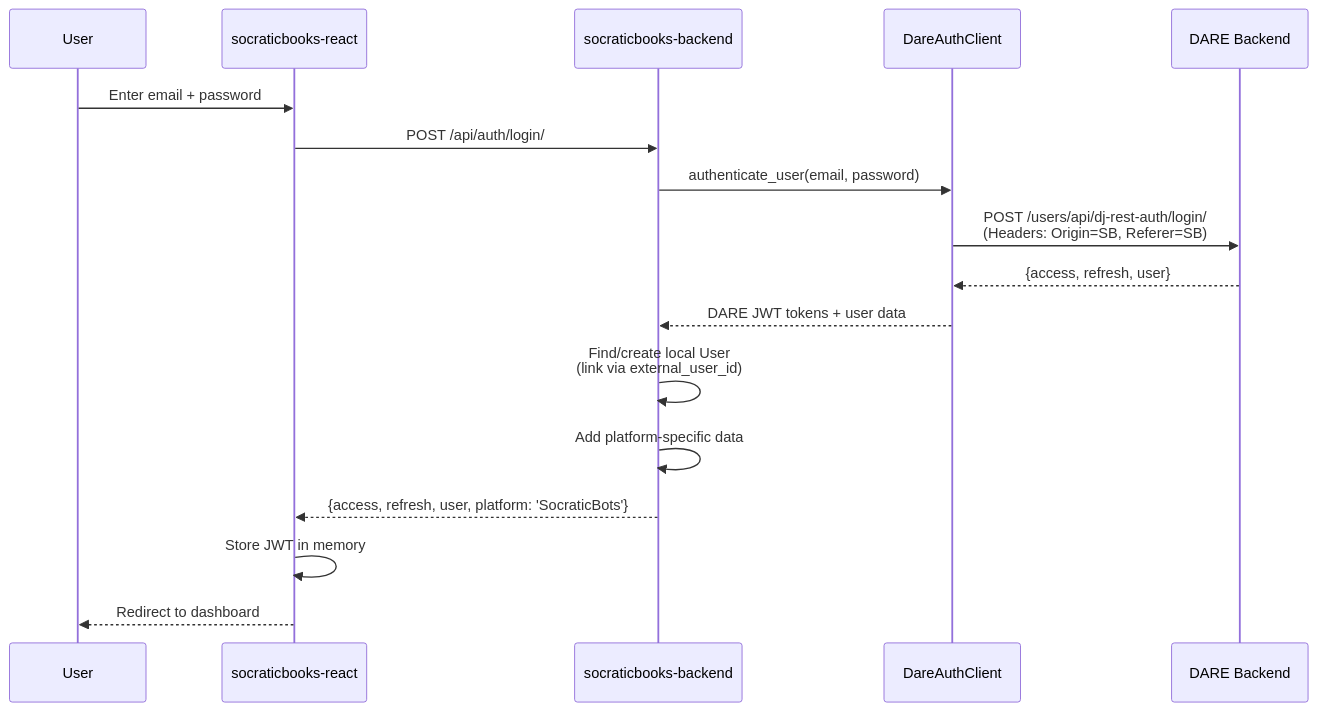
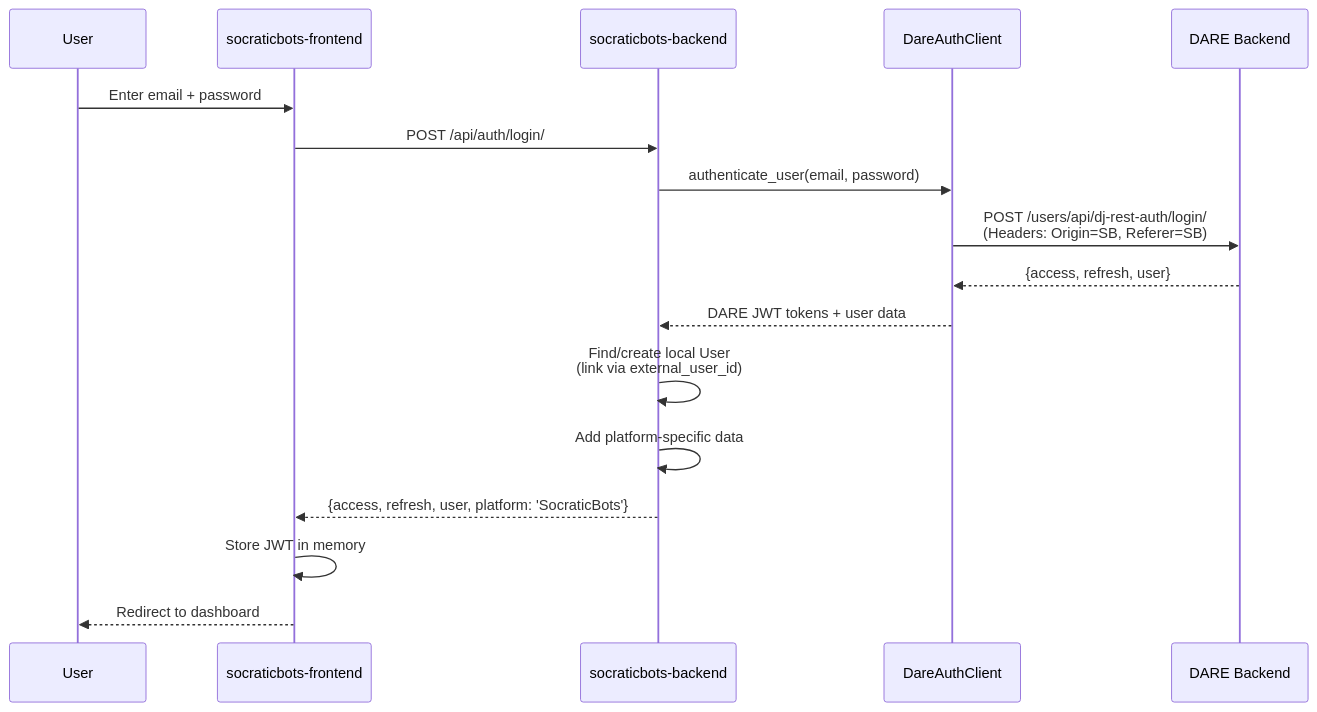
The fourth of 5 diagrams in docs/explanation/data-flows.md (cmudco/dare-backend), drawn with Mermaid before and after one commit. The commit also changed other lines of this file and 24 other files, not shown here.

````diff
--- a/docs/explanation/data-flows.md
+++ b/docs/explanation/data-flows.md
@@ -200,21 +200,21 @@
 ```mermaid
 sequenceDiagram
     participant User
-    participant SR as socraticbooks-react
-    participant SB as socraticbooks-backend
+    participant SR as socraticbots-frontend
+    participant SB as socraticbots-backend
     participant DAC as DareAuthClient
     participant DB as DARE Backend
 
     User->>SR: Enter email + password
     SR->>SB: POST /api/auth/login/
     SB->>DAC: authenticate_user(email, password)
     DAC->>DB: POST /users/api/dj-rest-auth/login/<br/>(Headers: Origin=SB, Referer=SB)
     DB-->>DAC: {access, refresh, user}
     DAC-->>SB: DARE JWT tokens + user data
 
     SB->>SB: Find/create local User<br/>(link via external_user_id)
     SB->>SB: Add platform-specific data
     SB-->>SR: {access, refresh, user, platform: 'SocraticBots'}
     SR->>SR: Store JWT in memory
     SR-->>User: Redirect to dashboard
 ```
````
